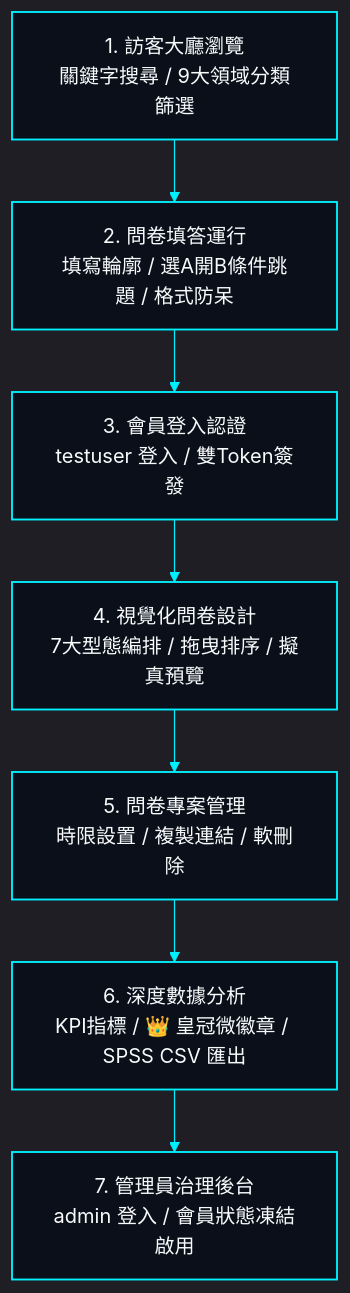
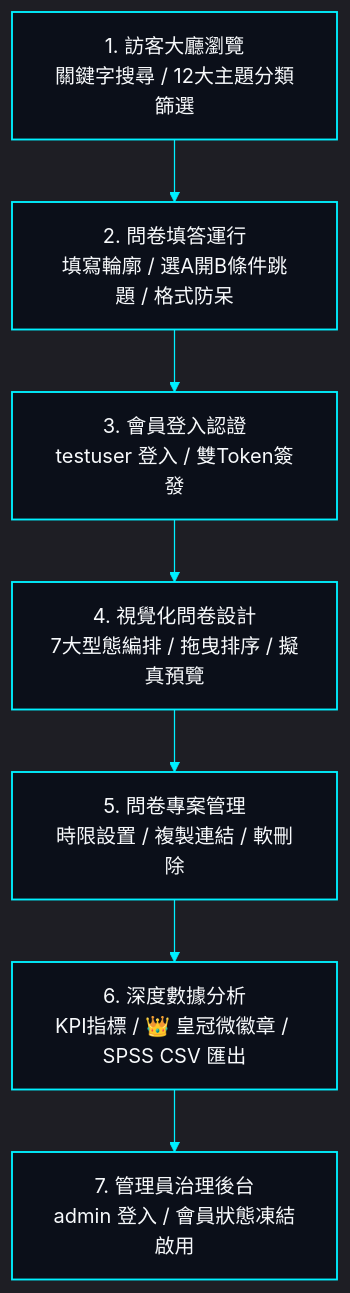
One commit to EricXJason/survey-flow changed the diagram in docs/system-design/11-local-testing.md. Above: the diagram before and after it, drawn with Mermaid. The commit also changed other lines of this file and 5 other files, not shown here.

````diff
--- a/docs/system-design/11-local-testing.md
+++ b/docs/system-design/11-local-testing.md
@@ -110,15 +110,15 @@
 ```mermaid
 %%{init: {'theme': 'dark', 'themeVariables': { 'darkMode': true, 'background': '#030712', 'primaryColor': '#0b0f19', 'primaryTextColor': '#f8fafc', 'primaryBorderColor': '#00f0ff', 'lineColor': '#00f0ff', 'edgeLabelBackground': 'transparent' }}}%%
 flowchart TD
     classDef hudCard fill:#0b0f19,stroke:#00f0ff,stroke-width:1.5px,color:#f8fafc,rx:0px,ry:0px;
 
-    Step1["1. 訪客大廳瀏覽<br/>關鍵字搜尋 / 9大領域分類篩選"]:::hudCard
+    Step1["1. 訪客大廳瀏覽<br/>關鍵字搜尋 / 12大主題分類篩選"]:::hudCard
     Step2["2. 問卷填答運行<br/>填寫輪廓 / 選A開B條件跳題 / 格式防呆"]:::hudCard
     Step3["3. 會員登入認證<br/>testuser 登入 / 雙Token簽發"]:::hudCard
     Step4["4. 視覺化問卷設計<br/>7大型態編排 / 拖曳排序 / 擬真預覽"]:::hudCard
     Step5["5. 問卷專案管理<br/>時限設置 / 複製連結 / 軟刪除"]:::hudCard
     Step6["6. 深度數據分析<br/>KPI指標 / 👑 皇冠微徽章 / SPSS CSV 匯出"]:::hudCard
     Step7["7. 管理員治理後台<br/>admin 登入 / 會員狀態凍結啟用"]:::hudCard
 
     Step1 --> Step2 --> Step3 --> Step4 --> Step5 --> Step6 --> Step7
 ```
````
